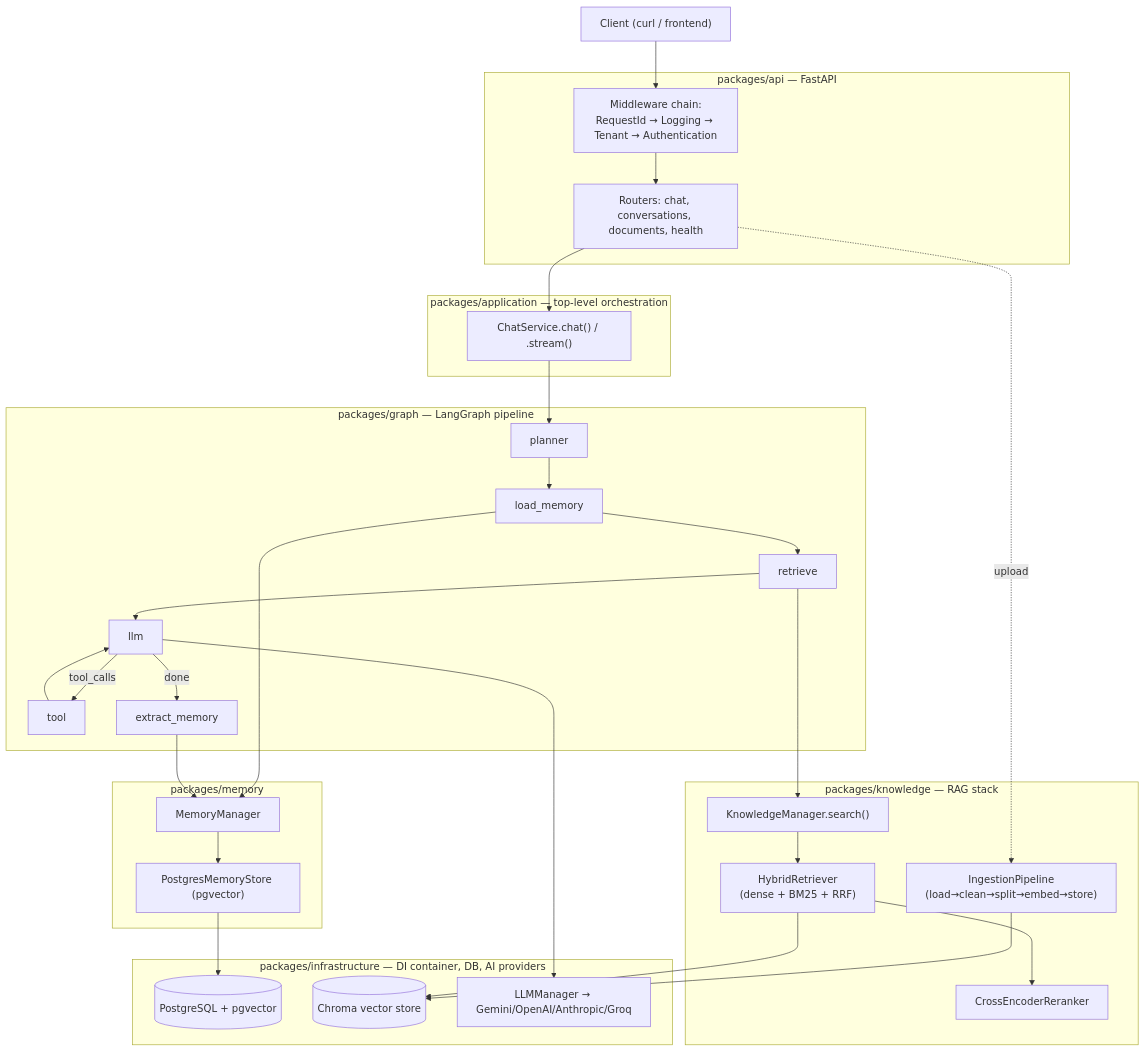
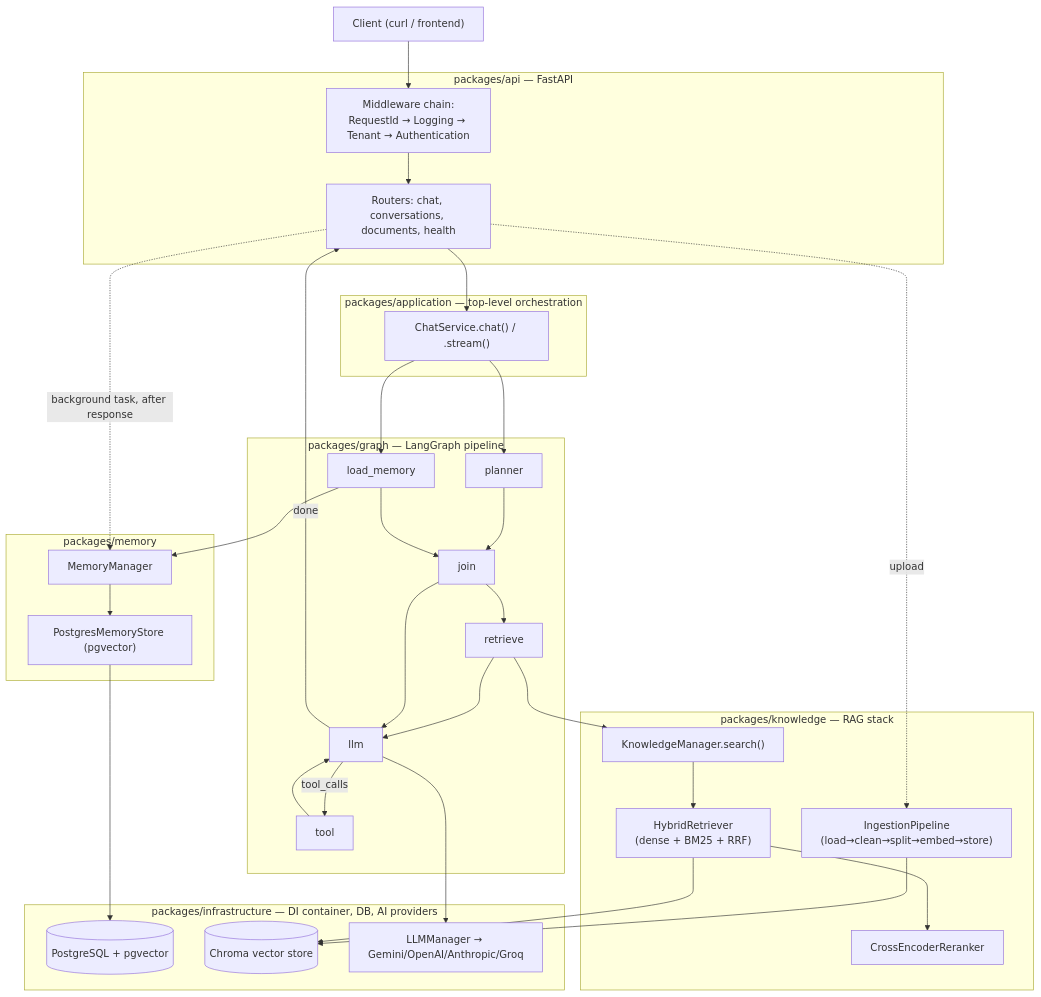
Before and after one commit to gostgmaer/langchain-knoledgebase-rag: the diagram in docs/ARCHITECTURE_TUTORIAL.md, drawn with Mermaid. The commit also changed other lines of this file and 14 other files, not shown here.

Commit message:
feat: refactor memory extraction to run as a background task; update related components

````diff
--- a/docs/ARCHITECTURE_TUTORIAL.md
+++ b/docs/ARCHITECTURE_TUTORIAL.md
@@ -50,54 +50,58 @@
 ```mermaid
 flowchart TB
     Client["Client (curl / frontend)"]
 
     subgraph API["packages/api — FastAPI"]
         MW["Middleware chain:<br/>RequestId → Logging → Tenant → Authentication"]
         Routers["Routers: chat, conversations, documents, health"]
     end
 
     subgraph App["packages/application — top-level orchestration"]
         ChatService["ChatService.chat() / .stream()"]
     end
 
     subgraph Graph["packages/graph — LangGraph pipeline"]
         Planner["planner"]
         LoadMem["load_memory"]
+        Join["join"]
         Retrieve["retrieve"]
         LLM["llm"]
         Tool["tool"]
-        ExtractMem["extract_memory"]
     end
 
     subgraph Know["packages/knowledge — RAG stack"]
         Ingest["IngestionPipeline<br/>(load→clean→split→embed→store)"]
         KnowMgr["KnowledgeManager.search()"]
         Hybrid["HybridRetriever<br/>(dense + BM25 + RRF)"]
         Rerank["CrossEncoderReranker"]
     end
 
     subgraph Mem["packages/memory"]
         MemMgr["MemoryManager"]
         MemStore["PostgresMemoryStore (pgvector)"]
     end
 
     subgraph Infra["packages/infrastructure — DI container, DB, AI providers"]
         DB[("PostgreSQL + pgvector")]
         Chroma[("Chroma vector store")]
         LLMProv["LLMManager → Gemini/OpenAI/Anthropic/Groq"]
     end
 
     Client --> MW --> Routers --> ChatService --> Planner
-    Planner --> LoadMem --> Retrieve --> LLM
+    ChatService --> LoadMem
+    Planner --> Join
+    LoadMem --> Join
+    Join --> Retrieve --> LLM
+    Join --> LLM
     LLM -->|tool_calls| Tool --> LLM
-    LLM -->|done| ExtractMem
+    LLM -->|done| Routers
 
     Retrieve --> KnowMgr --> Hybrid --> Rerank
     LoadMem --> MemMgr --> MemStore
-    ExtractMem --> MemMgr
+    Routers -.background task, after response.-> MemMgr
 
     Routers -.upload.-> Ingest --> Chroma
     Hybrid --> Chroma
     MemStore --> DB
     LLM --> LLMProv
 ```
````
